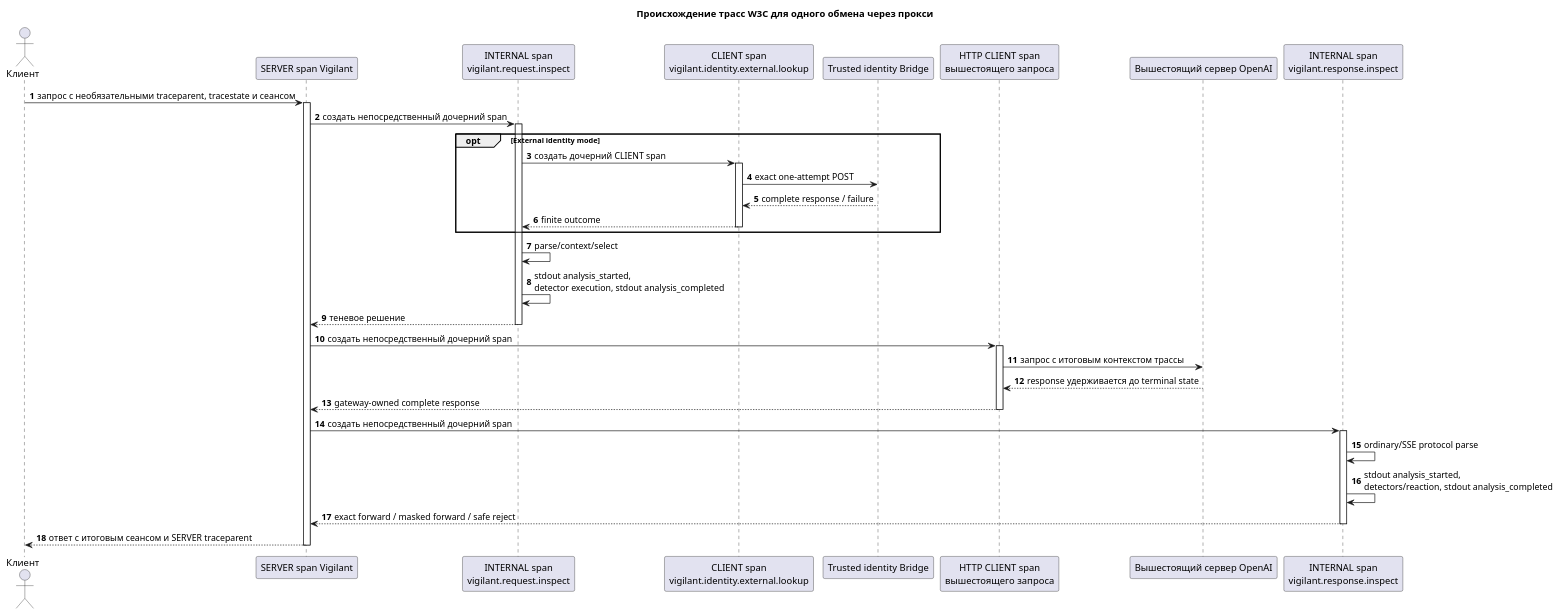
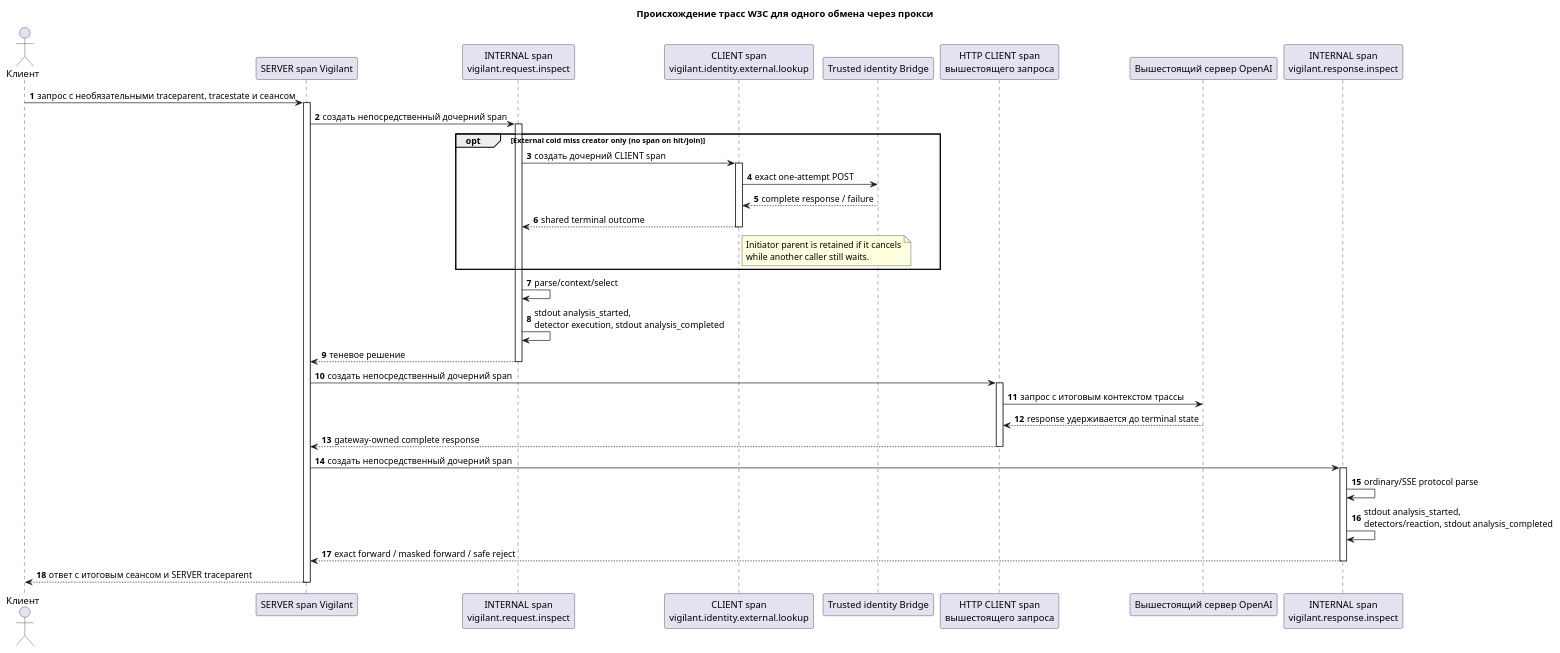
Before and after one commit to finnetrolle/vigilant: the diagram in docs/diagrams/tracing-sequence.puml, drawn with PlantUML. The commit also changed 31 other files, not shown here.

Commit message:
feat(identity): cache external identity lookups

```diff
--- a/docs/diagrams/tracing-sequence.puml
+++ b/docs/diagrams/tracing-sequence.puml
@@ -1,44 +1,48 @@
 @startuml
 title Происхождение трасс W3C для одного обмена через прокси
 autonumber
 
 actor "Клиент" as Client
 participant "SERVER span Vigilant" as Server
 participant "INTERNAL span\nvigilant.request.inspect" as RequestInspect
 participant "CLIENT span\nvigilant.identity.external.lookup" as IdentityLookup
 participant "Trusted identity Bridge" as Bridge
 participant "HTTP CLIENT span\nвышестоящего запроса" as UpstreamSpan
 participant "Вышестоящий сервер OpenAI" as Upstream
 participant "INTERNAL span\nvigilant.response.inspect" as ResponseInspect
 
 Client -> Server : запрос с необязательными traceparent, tracestate и сеансом
 activate Server
 Server -> RequestInspect : создать непосредственный дочерний span
 activate RequestInspect
-opt External identity mode
+opt External cold miss creator only (no span on hit/join)
   RequestInspect -> IdentityLookup : создать дочерний CLIENT span
   activate IdentityLookup
   IdentityLookup -> Bridge : exact one-attempt POST
   Bridge --> IdentityLookup : complete response / failure
-  IdentityLookup --> RequestInspect : finite outcome
+  IdentityLookup --> RequestInspect : shared terminal outcome
+  note right of IdentityLookup
+    Initiator parent is retained if it cancels
+    while another caller still waits.
+  end note
   deactivate IdentityLookup
 end
 RequestInspect -> RequestInspect : parse/context/select
 RequestInspect -> RequestInspect : stdout analysis_started,\ndetector execution, stdout analysis_completed
 RequestInspect --> Server : теневое решение
 deactivate RequestInspect
 Server -> UpstreamSpan : создать непосредственный дочерний span
 activate UpstreamSpan
 UpstreamSpan -> Upstream : запрос с итоговым контекстом трассы
 Upstream --> UpstreamSpan : response удерживается до terminal state
 UpstreamSpan --> Server : gateway-owned complete response
 deactivate UpstreamSpan
 Server -> ResponseInspect : создать непосредственный дочерний span
 activate ResponseInspect
 ResponseInspect -> ResponseInspect : ordinary/SSE protocol parse
 ResponseInspect -> ResponseInspect : stdout analysis_started,\ndetectors/reaction, stdout analysis_completed
 ResponseInspect --> Server : exact forward / masked forward / safe reject
 deactivate ResponseInspect
 Server --> Client : ответ с итоговым сеансом и SERVER traceparent
 deactivate Server
 @enduml
```
